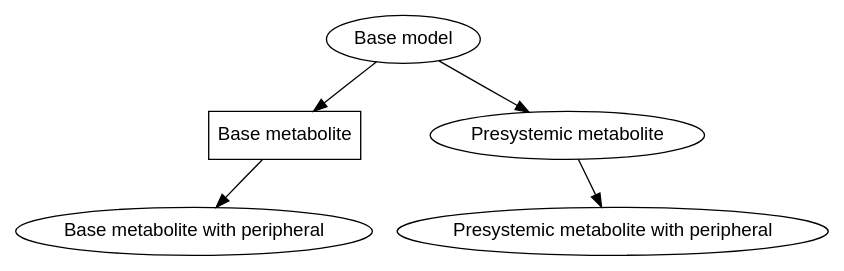
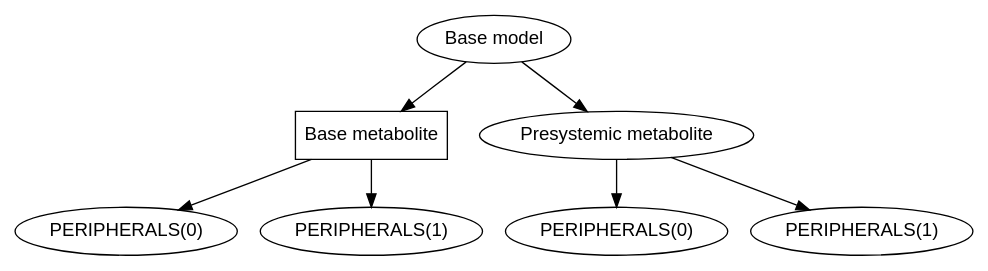
The second of 3 diagrams in docs/structsearch.rst (pharmpy/pharmpy), drawn with Graphviz before and after one commit. The commit also changed other lines of this file and 8 other files, not shown here.

```diff
--- a/docs/structsearch.rst
+++ b/docs/structsearch.rst
@@ -157,15 +157,19 @@
 .. graphviz::
 
     digraph BST {
             node [fontname="Arial"]
             base [label="Base model"]
             s1 [label="Base metabolite";shape = rect;]
-            s2 [label="Base metabolite with peripheral"]
-            s3 [label="Presystemic metabolite"]
-            s4 [label="Presystemic metabolite with peripheral"]
+            s2 [label="PERIPHERALS(0)"]
+            s3 [label="PERIPHERALS(1)"]
+            s4 [label="Presystemic metabolite"]
+            s5 [label="PERIPHERALS(0)"]
+            s6 [label="PERIPHERALS(1)"]
 
             base -> s1
             s1 -> s2
-            base -> s3
-            s3 -> s4
+            s1 -> s3
+            base -> s4
+            s4 -> s5
+            s4 -> s6
     }
```
